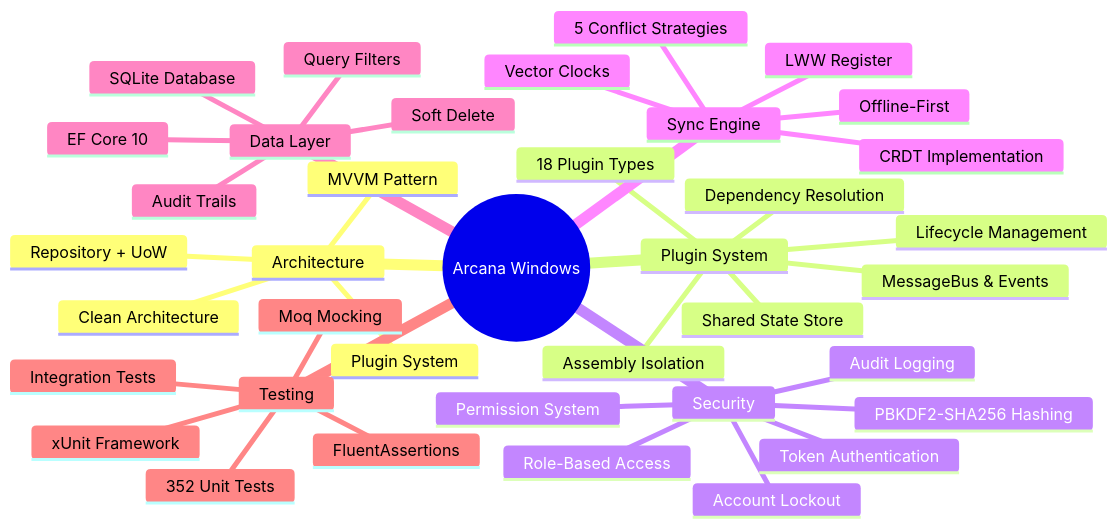
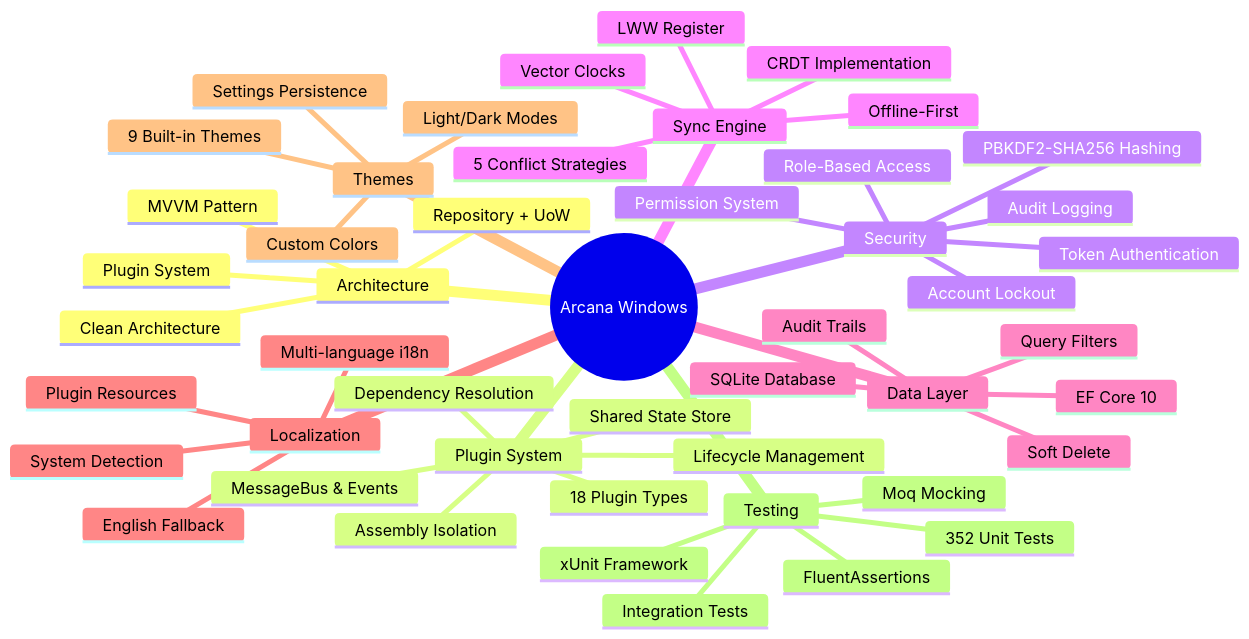
One commit to jrjohn/arcana-windows changed the second of 8 diagrams in README.md. Above: the diagram before and after it, drawn with Mermaid. The commit also changed other lines of this file and 305 other files, not shown here.

````diff
--- a/README.md
+++ b/README.md
@@ -114,41 +114,51 @@
 ```mermaid
 mindmap
   root((Arcana Windows))
     Architecture
       Clean Architecture
       MVVM Pattern
       Plugin System
       Repository + UoW
     Plugin System
       18 Plugin Types
       Assembly Isolation
       Lifecycle Management
       Dependency Resolution
       MessageBus & Events
       Shared State Store
     Security
       PBKDF2-SHA256 Hashing
       Token Authentication
       Role-Based Access
       Account Lockout
       Audit Logging
       Permission System
     Sync Engine
       CRDT Implementation
       Vector Clocks
       LWW Register
       5 Conflict Strategies
       Offline-First
     Data Layer
       EF Core 10
       SQLite Database
       Soft Delete
       Audit Trails
       Query Filters
+    Localization
+      Multi-language i18n
+      Plugin Resources
+      System Detection
+      English Fallback
+    Themes
+      9 Built-in Themes
+      Light/Dark Modes
+      Custom Colors
+      Settings Persistence
     Testing
       352 Unit Tests
       xUnit Framework
       FluentAssertions
       Moq Mocking
       Integration Tests
 ```
````
